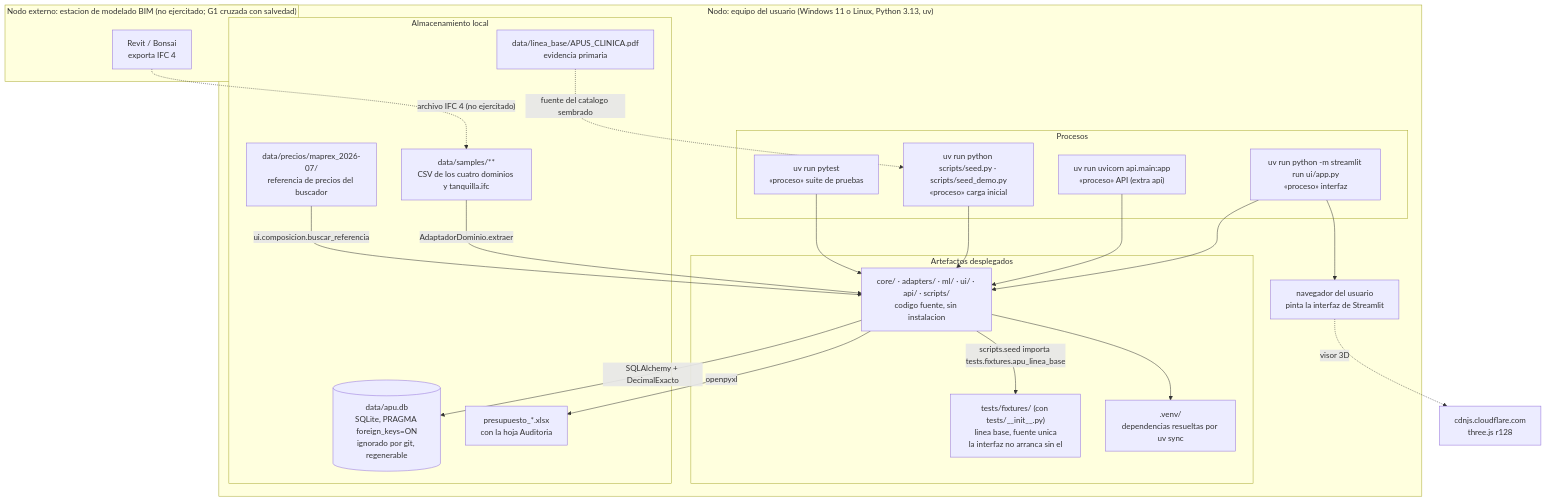
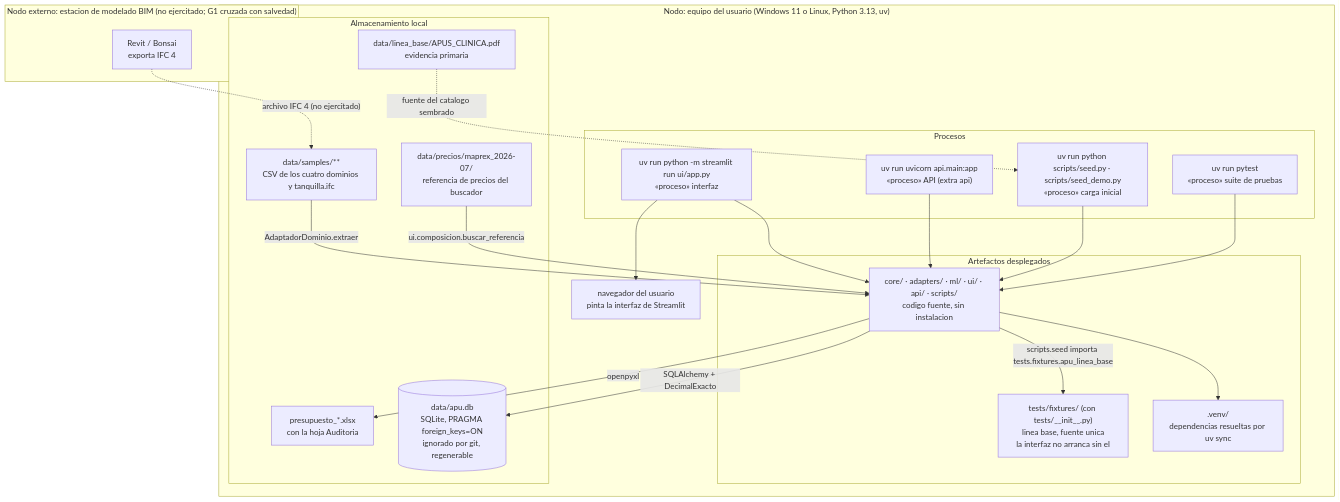
Before and after one commit to EugenioRRijo/silice: the ninth of 9 diagrams in docs/arquitectura.md, drawn with Mermaid. The commit also changed other lines of this file and 7 other files, not shown here.

````diff
--- a/docs/arquitectura.md
+++ b/docs/arquitectura.md
@@ -1483,44 +1482,42 @@
 ```mermaid
 flowchart TB
     subgraph modelador["Nodo externo: estacion de modelado BIM (no ejercitado; G1 cruzada con salvedad)"]
         revit["Revit / Bonsai<br/>exporta IFC 4"]
     end
 
     subgraph equipo["Nodo: equipo del usuario (Windows 11 o Linux, Python 3.13, uv)"]
         subgraph procesos["Procesos"]
             streamlit["uv run python -m streamlit run ui/app.py<br/>«proceso» interfaz"]
             fastapi["uv run uvicorn api.main:app<br/>«proceso» API (extra api)"]
             seed["uv run python scripts/seed.py · scripts/seed_demo.py<br/>«proceso» carga inicial"]
             pytest["uv run pytest<br/>«proceso» suite de pruebas"]
         end
         subgraph artefactos["Artefactos desplegados"]
             paquetes["core/ · adapters/ · ml/ · ui/ · api/ · scripts/<br/>codigo fuente, sin instalacion"]
             fixtures["tests/fixtures/ (con tests/__init__.py)<br/>linea base, fuente unica<br/>la interfaz no arranca sin el"]
             venv[".venv/<br/>dependencias resueltas por uv sync"]
         end
         subgraph datos["Almacenamiento local"]
             db[("data/apu.db<br/>SQLite, PRAGMA foreign_keys=ON<br/>ignorado por git, regenerable")]
             samples["data/samples/**<br/>CSV de los cuatro dominios y tanquilla.ifc"]
             referencia["data/precios/maprex_2026-07/<br/>referencia de precios del buscador"]
             base["data/linea_base/APUS_CLINICA.pdf<br/>evidencia primaria"]
             salidas["presupuesto_*.xlsx<br/>con la hoja Auditoria"]
         end
         navegador["navegador del usuario<br/>pinta la interfaz de Streamlit"]
     end
-    cdn["cdnjs.cloudflare.com<br/>three.js r128"]
 
     revit -.->|"archivo IFC 4 (no ejercitado)"| samples
     streamlit --> paquetes
     fastapi --> paquetes
     seed --> paquetes
     pytest --> paquetes
     paquetes --> venv
     paquetes -->|"scripts.seed importa tests.fixtures.apu_linea_base"| fixtures
     paquetes -->|"SQLAlchemy + DecimalExacto"| db
     samples -->|"AdaptadorDominio.extraer"| paquetes
     referencia -->|"ui.composicion.buscar_referencia"| paquetes
     base -.->|"fuente del catalogo sembrado"| seed
     paquetes -->|"openpyxl"| salidas
     streamlit --> navegador
-    navegador -.->|"visor 3D"| cdn
 ```
````
